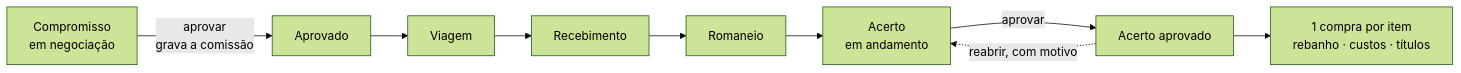
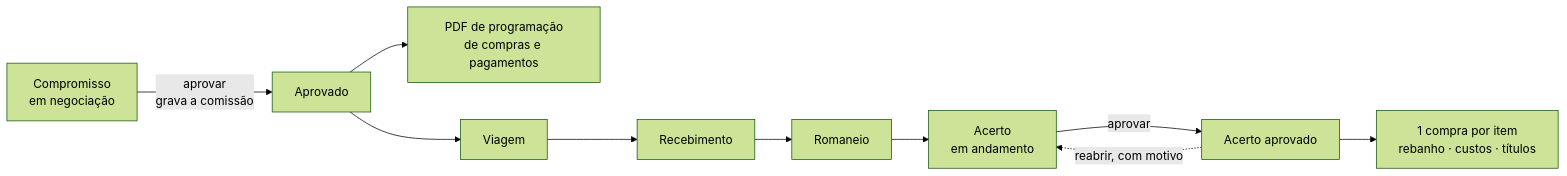
One commit to Frraz/rebanho360 changed the diagram in docs/regras-negocio/08-ciclo-de-compra.md. Above: the diagram before and after it, drawn with Mermaid (forest theme). The commit also changed other lines of this file and 10 other files, not shown here.

````diff
--- a/docs/regras-negocio/08-ciclo-de-compra.md
+++ b/docs/regras-negocio/08-ciclo-de-compra.md
@@ -21,11 +21,12 @@
 ```mermaid
 flowchart LR
     A[Compromisso<br/>em negociação] -->|aprovar<br/>grava a comissão| B[Aprovado]
+    B --> P[PDF de programação<br/>de compras e pagamentos]
     B --> C[Viagem]
     C --> D[Recebimento]
     D --> E[Romaneio]
     E --> F[Acerto<br/>em andamento]
     F -->|aprovar| G[Acerto aprovado]
     G --> H[1 compra por item<br/>rebanho · custos · títulos]
     G -.->|reabrir, com motivo| F
 ```
````
